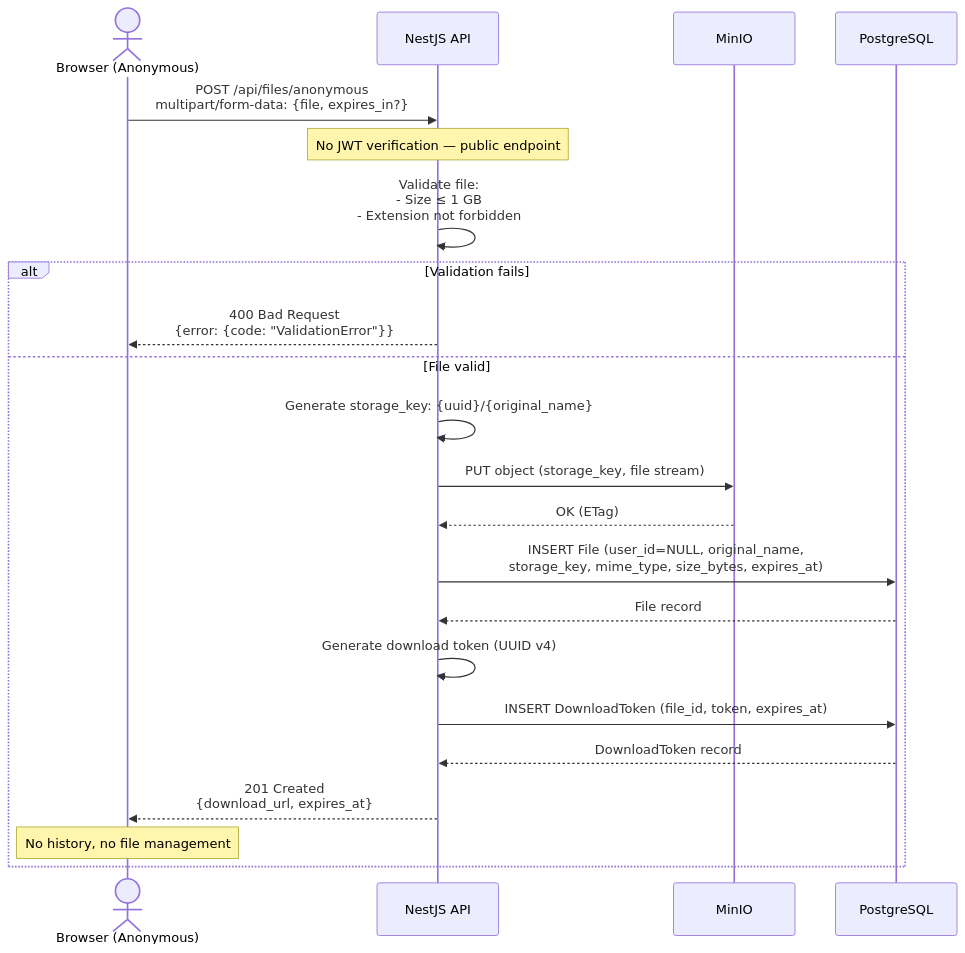
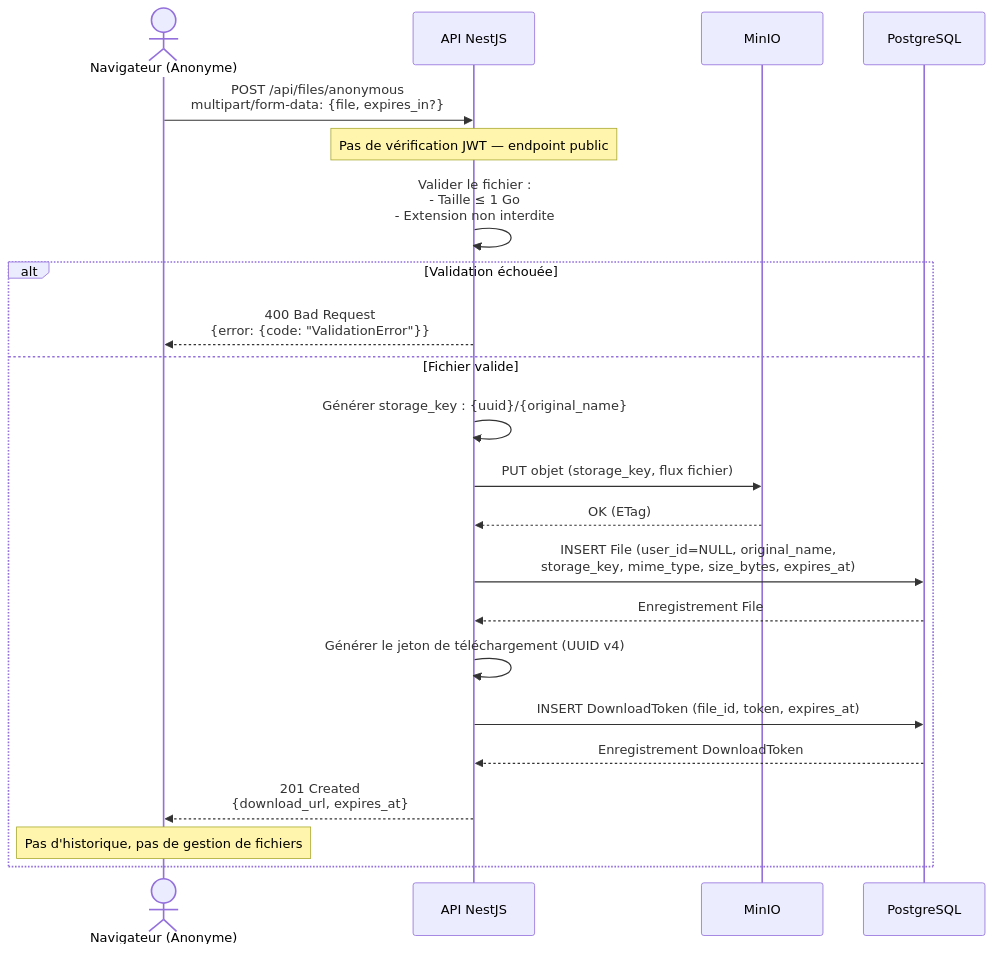
One commit to OC-Expert-DevOps/P3-OC-software-development-management changed the fourth of 8 diagrams in docs/architecture/03-sequence-diagrams.md. Above: the diagram before and after it, drawn with Mermaid. The commit also changed other lines of this file and 21 other files, not shown here.

````diff
--- a/docs/architecture/03-sequence-diagrams.md
+++ b/docs/architecture/03-sequence-diagrams.md
@@ -134,25 +134,25 @@
 ```mermaid
 sequenceDiagram
-    actor User as Browser (Anonymous)
-    participant API as NestJS API
+    actor User as Navigateur (Anonyme)
+    participant API as API NestJS
     participant S3 as MinIO
     participant DB as PostgreSQL
 
     User->>API: POST /api/files/anonymous<br/>multipart/form-data: {file, expires_in?}
-    Note over API: No JWT verification — public endpoint
-    API->>API: Validate file:<br/>- Size ≤ 1 GB<br/>- Extension not forbidden
-    alt Validation fails
+    Note over API: Pas de vérification JWT — endpoint public
+    API->>API: Valider le fichier :<br/>- Taille ≤ 1 Go<br/>- Extension non interdite
+    alt Validation échouée
         API-->>User: 400 Bad Request<br/>{error: {code: "ValidationError"}}
-    else File valid
-        API->>API: Generate storage_key: {uuid}/{original_name}
-        API->>S3: PUT object (storage_key, file stream)
+    else Fichier valide
+        API->>API: Générer storage_key : {uuid}/{original_name}
+        API->>S3: PUT objet (storage_key, flux fichier)
         S3-->>API: OK (ETag)
         API->>DB: INSERT File (user_id=NULL, original_name,<br/>storage_key, mime_type, size_bytes, expires_at)
-        DB-->>API: File record
-        API->>API: Generate download token (UUID v4)
+        DB-->>API: Enregistrement File
+        API->>API: Générer le jeton de téléchargement (UUID v4)
         API->>DB: INSERT DownloadToken (file_id, token, expires_at)
-        DB-->>API: DownloadToken record
+        DB-->>API: Enregistrement DownloadToken
         API-->>User: 201 Created<br/>{download_url, expires_at}
-        Note over User: No history, no file management
+        Note over User: Pas d'historique, pas de gestion de fichiers
     end
 ```
````
